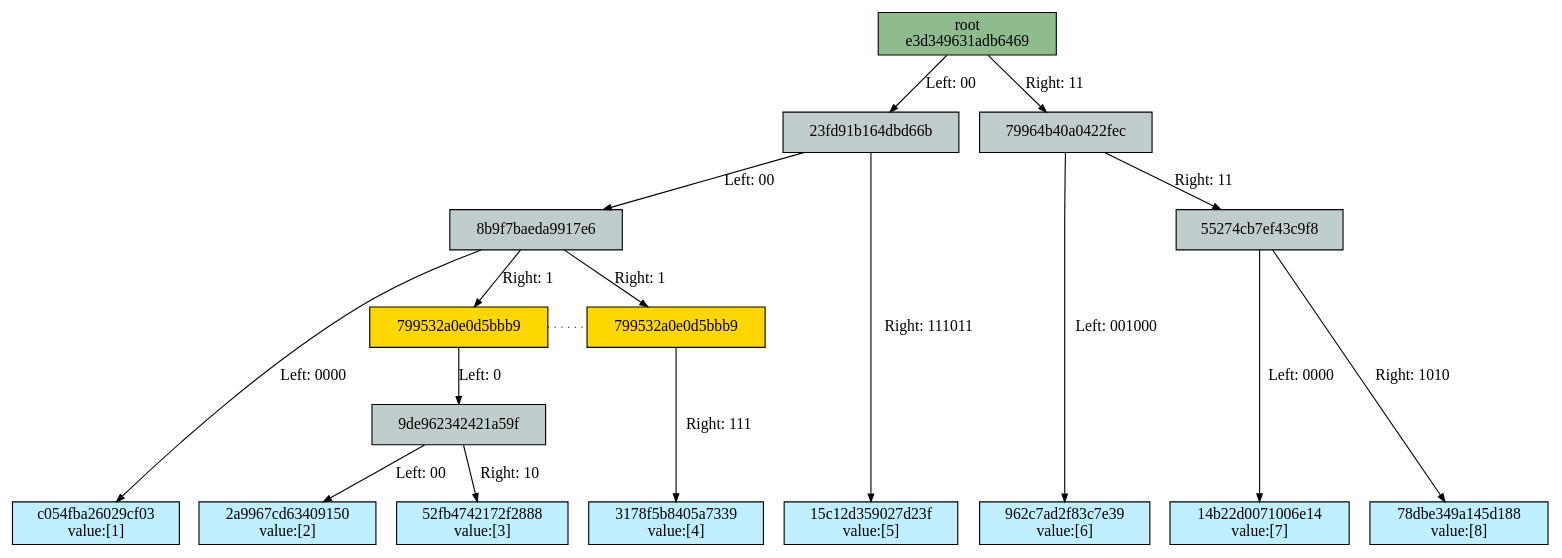
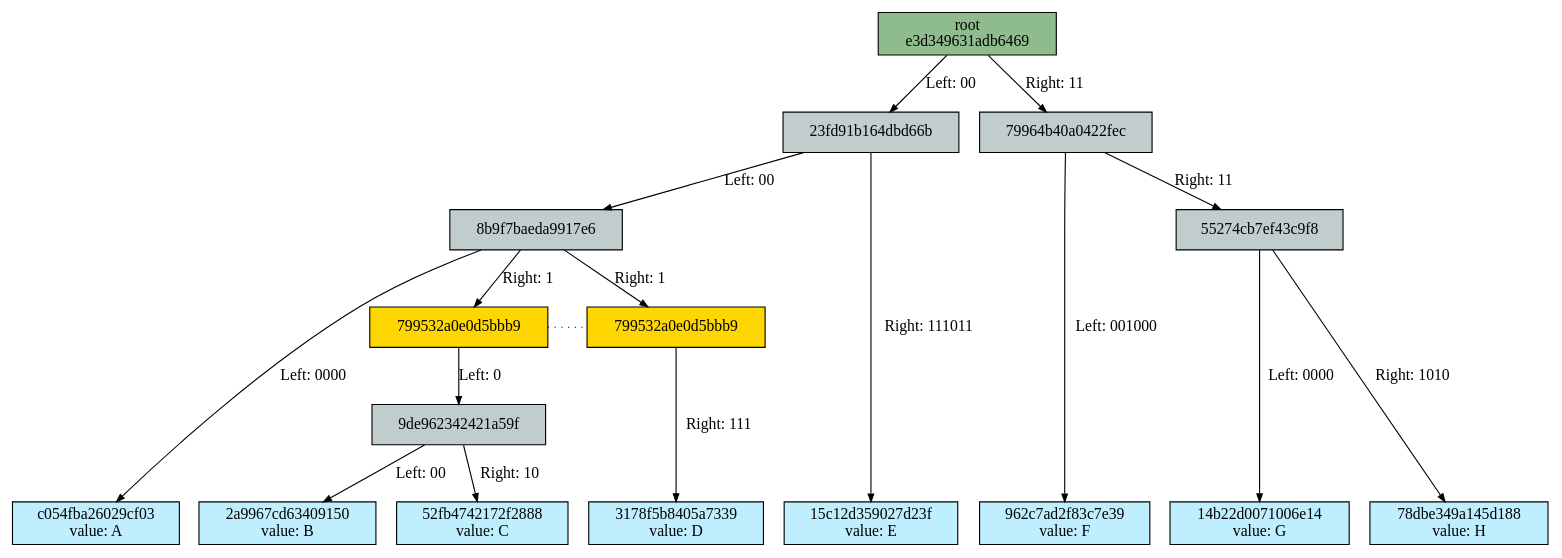
The diagram in docs/merkle_tree/split_details/3_split_1.dot (juicebox-systems/juicebox-hsm-realm), drawn with Graphviz before and after one commit. The commit also changed 46 other files, not shown here.

```diff
--- a/docs/merkle_tree/split_details/3_split_1.dot
+++ b/docs/merkle_tree/split_details/3_split_1.dot
@@ -1,77 +1,77 @@
 Digraph merkletree {
 
 h799532a0e0d5bbb9_2 [fillcolor=gold1 label="799532a0e0d5bbb9" ordering=out shape=box style=filled ];
 he3d349631adb6469 -> h23fd91b164dbd66b [arrowsize=0.7 label="Left: 00\l" nojustify=true ];
 h23fd91b164dbd66b -> h8b9f7baeda9917e6 [arrowsize=0.7 label="Left: 00\l" nojustify=true ];
 h8b9f7baeda9917e6 -> hc054fba26029cf03 [arrowsize=0.7 label="Left: 0000" nojustify=true ];
 h8b9f7baeda9917e6 -> h799532a0e0d5bbb9_2 [arrowsize=0.7 label="Right: 1\l" nojustify=true ];
 h8b9f7baeda9917e6 -> h799532a0e0d5bbb9 [arrowsize=0.7 label="Right: 1\l" nojustify=true ];
 h799532a0e0d5bbb9_2 -> h9de962342421a59f [arrowsize=0.7 label="Left: 0\l" nojustify=true ];
 h9de962342421a59f -> h2a9967cd63409150 [arrowsize=0.7 label="Left: 00" nojustify=true ];
 h9de962342421a59f -> h52fb4742172f2888 [arrowsize=0.7 label="Right: 10" nojustify=true ];
 h799532a0e0d5bbb9 -> h3178f5b8405a7339 [arrowsize=0.7 label="Right: 111" nojustify=true ];
 h23fd91b164dbd66b -> h15c12d359027d23f [arrowsize=0.7 label="Right: 111011" nojustify=true ];
 he3d349631adb6469 -> h79964b40a0422fec [arrowsize=0.7 label="Right: 11\l" nojustify=true ];
 h79964b40a0422fec -> h962c7ad2f83c7e39 [arrowsize=0.7 label="Left: 001000" nojustify=true ];
 h79964b40a0422fec -> h55274cb7ef43c9f8 [arrowsize=0.7 label="Right: 11\l" nojustify=true ];
 h55274cb7ef43c9f8 -> h14b22d0071006e14 [arrowsize=0.7 label="Left: 0000" nojustify=true ];
 h55274cb7ef43c9f8 -> h78dbe349a145d188 [arrowsize=0.7 label="Right: 1010" nojustify=true ];
 
 Subgraph depth_0 {
 rank=same
 
 he3d349631adb6469 [fillcolor=darkseagreen label="root\ne3d349631adb6469" ordering=out shape=box style=filled ];
 }
 
 
 Subgraph depth_2 {
 rank=same
 
 h23fd91b164dbd66b [fillcolor=azure3 label="23fd91b164dbd66b" ordering=out shape=box style=filled ];
 h79964b40a0422fec [fillcolor=azure3 label="79964b40a0422fec" ordering=out shape=box style=filled ];
 }
 
 
 Subgraph depth_4 {
 rank=same
 
 h8b9f7baeda9917e6 [fillcolor=azure3 label="8b9f7baeda9917e6" ordering=out shape=box style=filled ];
 h55274cb7ef43c9f8 [fillcolor=azure3 label="55274cb7ef43c9f8" ordering=out shape=box style=filled ];
 }
 
 
 Subgraph depth_256 {
 rank=same
 
-hc054fba26029cf03 [fillcolor=lightblue1 label="c054fba26029cf03\nvalue:[1]" ordering=out shape=box style=filled ];
-h2a9967cd63409150 [fillcolor=lightblue1 label="2a9967cd63409150\nvalue:[2]" ordering=out shape=box style=filled ];
-h52fb4742172f2888 [fillcolor=lightblue1 label="52fb4742172f2888\nvalue:[3]" ordering=out shape=box style=filled ];
-h3178f5b8405a7339 [fillcolor=lightblue1 label="3178f5b8405a7339\nvalue:[4]" ordering=out shape=box style=filled ];
-h15c12d359027d23f [fillcolor=lightblue1 label="15c12d359027d23f\nvalue:[5]" ordering=out shape=box style=filled ];
-h962c7ad2f83c7e39 [fillcolor=lightblue1 label="962c7ad2f83c7e39\nvalue:[6]" ordering=out shape=box style=filled ];
-h14b22d0071006e14 [fillcolor=lightblue1 label="14b22d0071006e14\nvalue:[7]" ordering=out shape=box style=filled ];
-h78dbe349a145d188 [fillcolor=lightblue1 label="78dbe349a145d188\nvalue:[8]" ordering=out shape=box style=filled ];
+hc054fba26029cf03 [fillcolor=lightblue1 label="c054fba26029cf03\nvalue: A" ordering=out shape=box style=filled ];
+h2a9967cd63409150 [fillcolor=lightblue1 label="2a9967cd63409150\nvalue: B" ordering=out shape=box style=filled ];
+h52fb4742172f2888 [fillcolor=lightblue1 label="52fb4742172f2888\nvalue: C" ordering=out shape=box style=filled ];
+h3178f5b8405a7339 [fillcolor=lightblue1 label="3178f5b8405a7339\nvalue: D" ordering=out shape=box style=filled ];
+h15c12d359027d23f [fillcolor=lightblue1 label="15c12d359027d23f\nvalue: E" ordering=out shape=box style=filled ];
+h962c7ad2f83c7e39 [fillcolor=lightblue1 label="962c7ad2f83c7e39\nvalue: F" ordering=out shape=box style=filled ];
+h14b22d0071006e14 [fillcolor=lightblue1 label="14b22d0071006e14\nvalue: G" ordering=out shape=box style=filled ];
+h78dbe349a145d188 [fillcolor=lightblue1 label="78dbe349a145d188\nvalue: H" ordering=out shape=box style=filled ];
 }
 
 
 Subgraph depth_5 {
 rank=same
 
 h799532a0e0d5bbb9 [fillcolor=gold1 label="799532a0e0d5bbb9" ordering=out shape=box style=filled ];
 }
 
 
 Subgraph depth_6 {
 rank=same
 
 h9de962342421a59f [fillcolor=azure3 label="9de962342421a59f" ordering=out shape=box style=filled ];
 }
 
 
 Subgraph split_799532a0e0d5bbb9 {
 rank=same
 
 h799532a0e0d5bbb9_2 -> h799532a0e0d5bbb9 [arrowhead=none arrowtail=none dir=both style=dotted ];
 }
 
 }
```
